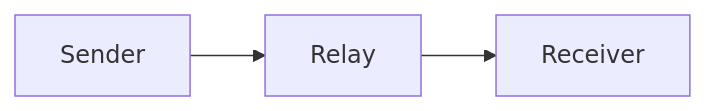
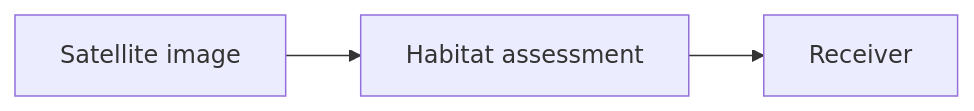
Before and after one commit to MurmurationPress/storytelling: the first of 5 diagrams in tools/story-teller/samples/diagram-project/scenes/Signal.md, drawn with Mermaid. The commit also changed other lines of this file and 20 other files, not shown here.

Commit message:
Revise Mermaid reader presentation and allow safe per-diagram styling

````diff
--- a/tools/story-teller/samples/diagram-project/scenes/Signal.md
+++ b/tools/story-teller/samples/diagram-project/scenes/Signal.md
@@ -3,6 +3,6 @@
 ```mermaid
 flowchart LR
   accTitle: Signal route
-  accDescr: A signal moves from sender to relay to receiver.
-  A[Sender] --> B[Relay] --> C[Receiver]
+  accDescr: PRIME examines an image of the reserve.
+  A[Satellite image] --> B[Habitat assessment] --> C[Receiver]
 ```
````
